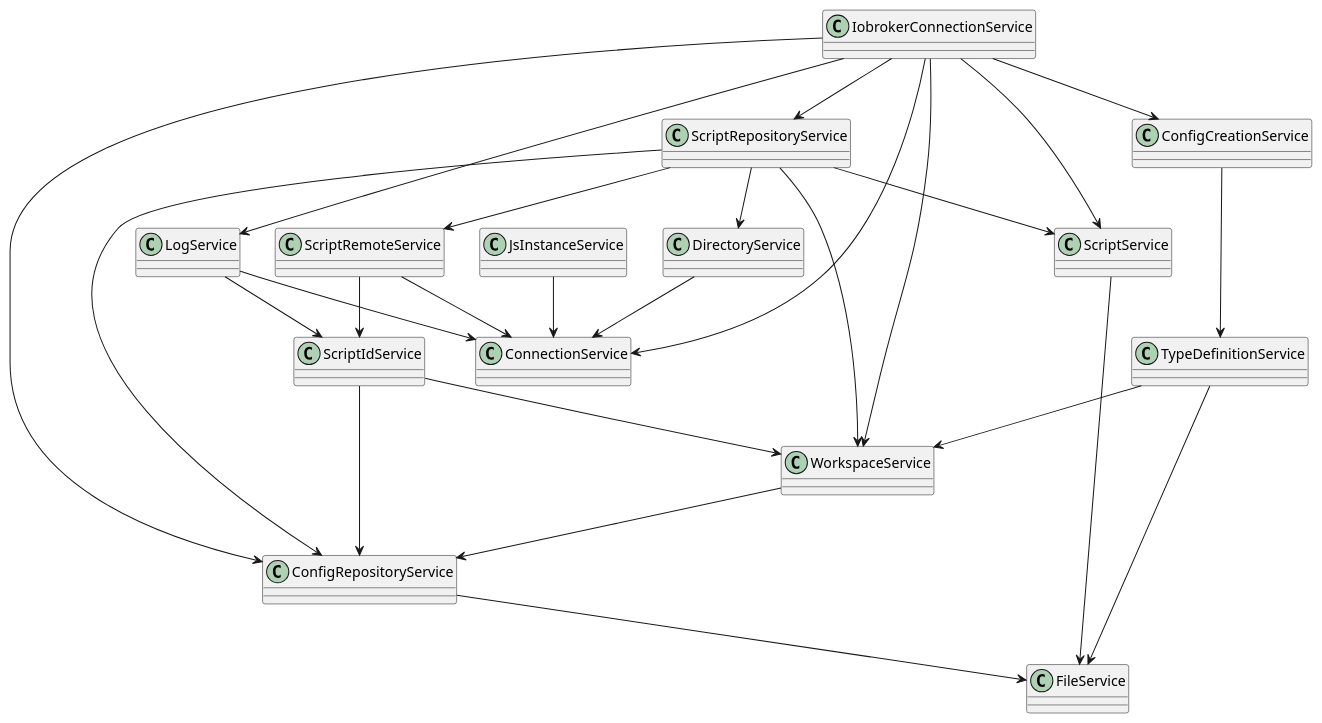
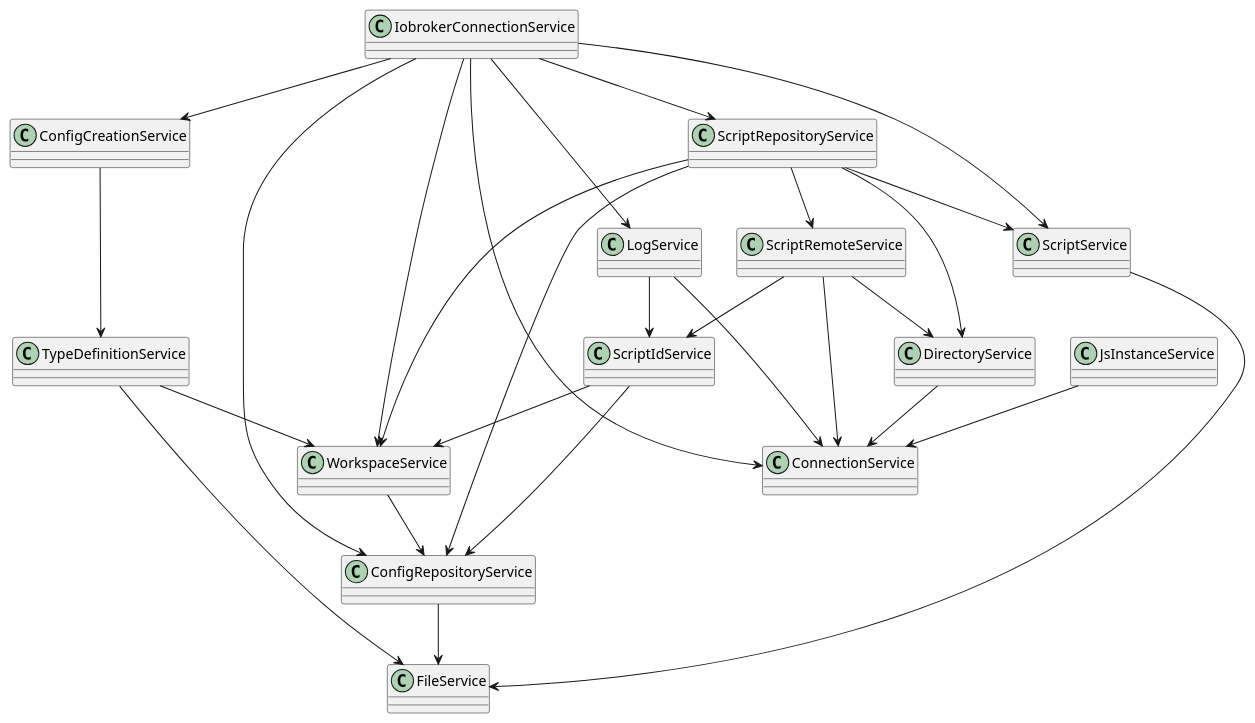
The diagram in doc/diagrams/servicesClassDiagram.puml (nokxs/iobroker-javascript-vs-code-extension), drawn with PlantUML before and after one commit. The commit also changed 4 other files, not shown here.

```diff
--- a/doc/diagrams/servicesClassDiagram.puml
+++ b/doc/diagrams/servicesClassDiagram.puml
@@ -1,44 +1,45 @@
 @startuml Services
 class ConfigCreationService
 class ConfigRepositoryService
 class ConnectionService
 class DirectoryService
 class FileService
 class IobrokerConnectionService
 class JsInstanceService
 class LogService
 class FileService
 class ScriptService
 class ScriptIdService
 class ScriptRemoteService
 class ScriptRepositoryService
 class TypeDefinitionService
 class WorkspaceService
 
 ConfigCreationService --> TypeDefinitionService
 ConfigRepositoryService --> FileService
 DirectoryService --> ConnectionService
 IobrokerConnectionService --> ConfigCreationService
 IobrokerConnectionService --> ConfigRepositoryService
 IobrokerConnectionService --> ConnectionService
 IobrokerConnectionService --> WorkspaceService
 IobrokerConnectionService --> LogService
 IobrokerConnectionService --> ScriptService
 IobrokerConnectionService --> ScriptRepositoryService
 JsInstanceService --> ConnectionService
 LogService --> ConnectionService
 LogService --> ScriptIdService
 ScriptService --> FileService
 ScriptIdService --> WorkspaceService
 ScriptIdService --> ConfigRepositoryService
 ScriptRemoteService --> ConnectionService
 ScriptRemoteService --> ScriptIdService
+ScriptRemoteService --> DirectoryService
 ScriptRepositoryService --> ScriptRemoteService
 ScriptRepositoryService --> DirectoryService
 ScriptRepositoryService --> ConfigRepositoryService
 ScriptRepositoryService --> ScriptService
 ScriptRepositoryService --> WorkspaceService
 TypeDefinitionService --> FileService
 TypeDefinitionService --> WorkspaceService
 WorkspaceService --> ConfigRepositoryService
 @enduml
```
